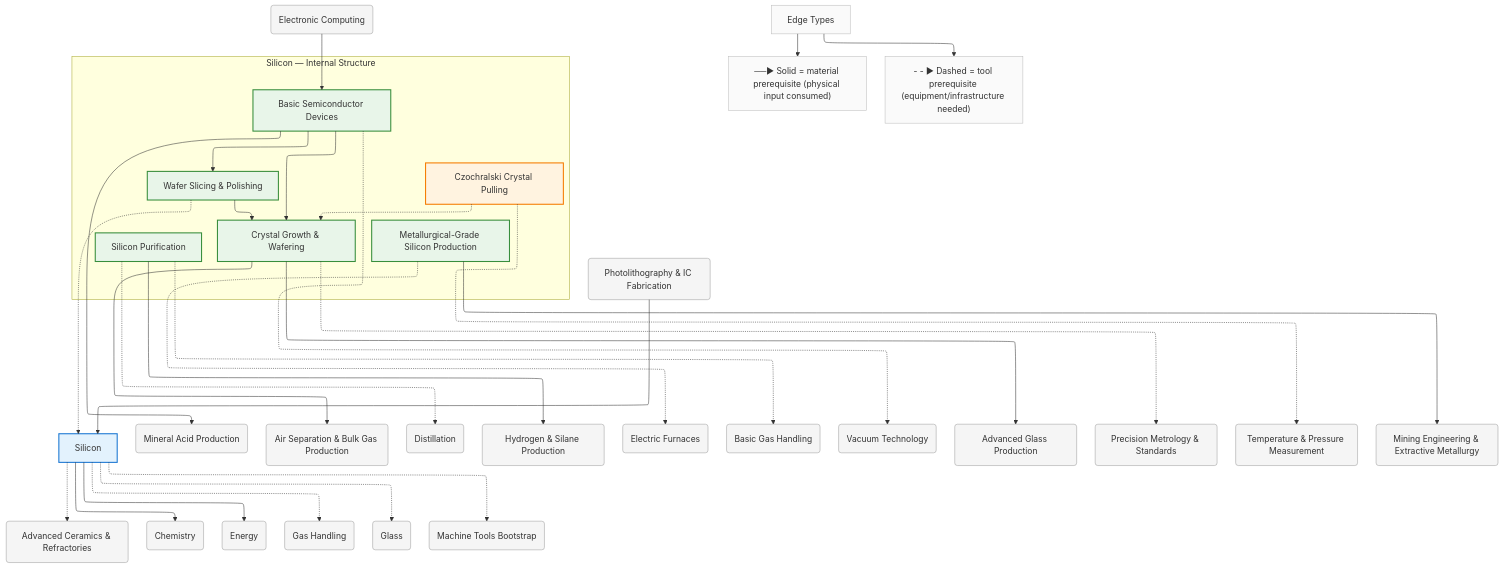
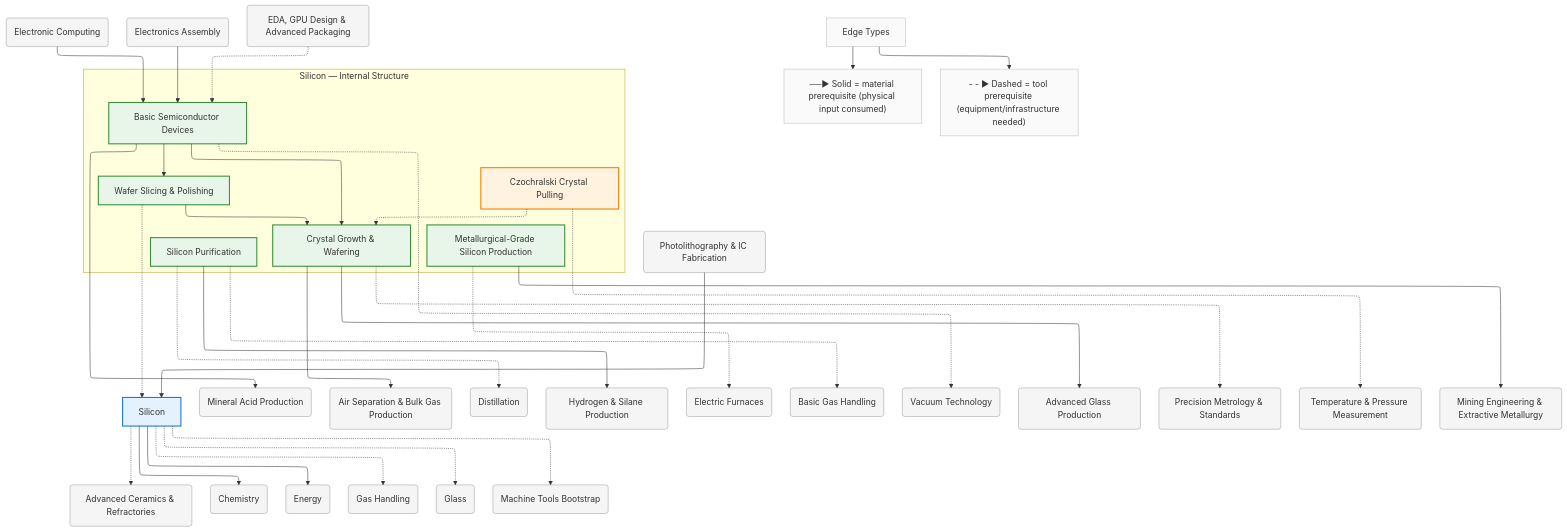
The diagram in diagrams/mermaid/silicon.mmd (egofree/TechTree), drawn with Mermaid before and after one commit. The commit also changed 47 other files, not shown here.

```diff
--- a/diagrams/mermaid/silicon.mmd
+++ b/diagrams/mermaid/silicon.mmd
@@ -1,106 +1,112 @@
 %%{init: {"flowchart": {"defaultRenderer": "elk", "htmlLabels": true}}}%%
 graph TD
     %% Domain: Silicon
 
     %% ==================== INTERNAL NODES ====================
     subgraph silicon_internal ["Silicon — Internal Structure"]
         direction TB
         silicon_mg-si-production["Metallurgical-Grade Silicon Production"]
         silicon_purification["Silicon Purification"]
         silicon_crystal-growth["Crystal Growth & Wafering"]
         silicon_crystal-growth_cz-pulling["Czochralski Crystal Pulling"]
         silicon_basic-devices["Basic Semiconductor Devices"]
         silicon_wafering["Wafer Slicing & Polishing"]
     end
 
     %% ==================== DOMAIN NODE ====================
     silicon["Silicon"]
 
     %% ==================== EXTERNAL DEPENDENCIES ====================
     ceramics_advanced-ceramics("Advanced Ceramics & Refractories")
     chemistry("Chemistry")
     chemistry_acids("Mineral Acid Production")
     chemistry_air-separation("Air Separation & Bulk Gas Production")
     chemistry_distillation("Distillation")
     chemistry_hydrogen-silane("Hydrogen & Silane Production")
     computing_electronic("Electronic Computing")
+    electronics_assembly("Electronics Assembly")
     energy("Energy")
     energy_electric-furnaces("Electric Furnaces")
     gas-handling("Gas Handling")
     gas-handling_basic("Basic Gas Handling")
     gas-handling_vacuum("Vacuum Technology")
     glass("Glass")
     glass_advanced("Advanced Glass Production")
     machine-tools("Machine Tools Bootstrap")
     measurement_precision-metrology("Precision Metrology & Standards")
     measurement_temperature-pressure("Temperature & Pressure Measurement")
     mining("Mining Engineering & Extractive Metallurgy")
     photolithography("Photolithography & IC Fabrication")
+    vlsi-scaling_eda-design("EDA, GPU Design & Advanced Packaging")
 
     %% ==================== EDGES ====================
     silicon_basic-devices --> silicon_crystal-growth
     silicon_crystal-growth_cz-pulling -.-> silicon_crystal-growth
     silicon_wafering -.-> silicon
     silicon_wafering --> silicon_crystal-growth
     silicon_basic-devices --> silicon_wafering
     silicon -.-> machine-tools
     silicon --> energy
     silicon --> chemistry
     silicon -.-> glass
     silicon -.-> gas-handling
     silicon_mg-si-production -.-> energy_electric-furnaces
     silicon_mg-si-production --> mining
     silicon_purification -.-> chemistry_distillation
     silicon_purification -.-> gas-handling_basic
     silicon_purification --> chemistry_hydrogen-silane
     silicon_crystal-growth --> glass_advanced
     silicon_crystal-growth --> chemistry_air-separation
     silicon_crystal-growth -.-> measurement_precision-metrology
     silicon_basic-devices -.-> gas-handling_vacuum
     silicon_basic-devices --> chemistry_acids
     photolithography --> silicon
+    vlsi-scaling_eda-design -.-> silicon_basic-devices
     computing_electronic --> silicon_basic-devices
     silicon_crystal-growth_cz-pulling -.-> measurement_temperature-pressure
     silicon -.-> ceramics_advanced-ceramics
+    electronics_assembly --> silicon_basic-devices
 
     %% ==================== EDGE TYPE LEGEND ====================
     EdgeLegend["Edge Types"]
     EdgeLegend --> MatNote["──▶ Solid = material prerequisite (physical input consumed)"]
     EdgeLegend --> ToolNote["- - ▶ Dashed = tool prerequisite (equipment/infrastructure needed)"]
 
     %% ==================== STYLING ====================
     classDef domain fill:#e3f2fd,stroke:#1976d2,stroke-width:2px
     classDef capability fill:#e8f5e9,stroke:#388e3c,stroke-width:2px
     classDef process fill:#fff3e0,stroke:#f57c00,stroke-width:2px
     classDef critical fill:#fff3e0,stroke:#f57c00,stroke-width:3px
     classDef earlyWin fill:#e8f5e9,stroke:#388e3c,stroke-width:3px
     classDef pinnacle fill:#fce4ec,stroke:#c62828,stroke-width:3px
     classDef external fill:#f5f5f5,stroke:#9e9e9e,stroke-width:1px
     classDef legend fill:#fafafa,stroke:#bdbdbd,stroke-width:1px
     class silicon domain
     class silicon_mg-si-production capability
     class silicon_purification capability
     class silicon_crystal-growth capability
     class silicon_crystal-growth_cz-pulling process
     class silicon_basic-devices capability
     class silicon_wafering capability
     class ceramics_advanced-ceramics external
     class chemistry external
     class chemistry_acids external
     class chemistry_air-separation external
     class chemistry_distillation external
     class chemistry_hydrogen-silane external
     class computing_electronic external
+    class electronics_assembly external
     class energy external
     class energy_electric-furnaces external
     class gas-handling external
     class gas-handling_basic external
     class gas-handling_vacuum external
     class glass external
     class glass_advanced external
     class machine-tools external
     class measurement_precision-metrology external
     class measurement_temperature-pressure external
     class mining external
     class photolithography external
+    class vlsi-scaling_eda-design external
     class EdgeLegend,MatNote,ToolNote legend
```
